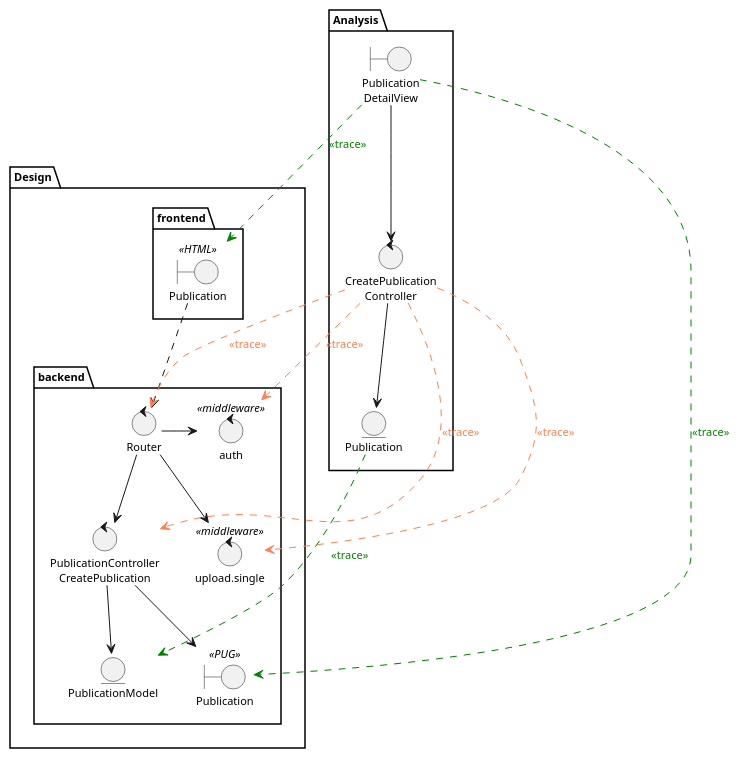
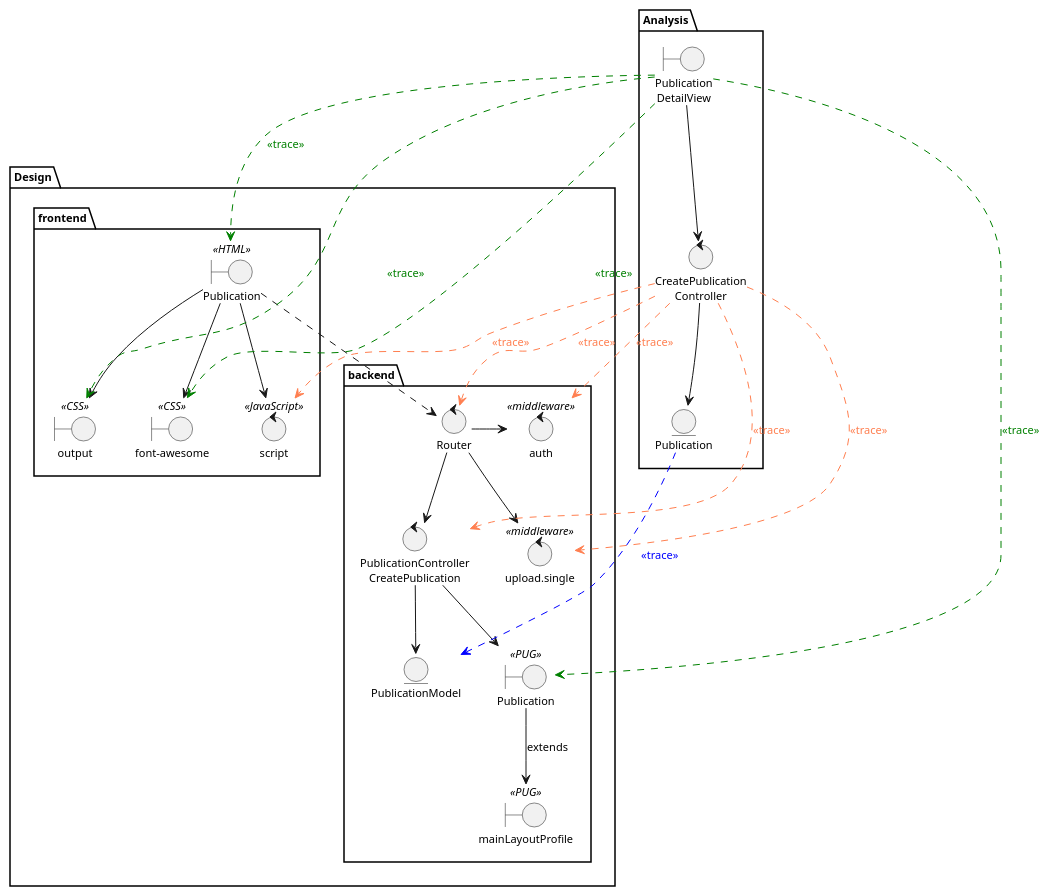
The diagram in logicalView/designView/express/usecaseDesign/designClassDiagramUC7TraceAnalisysClass.plantuml (mpaulaherrero/tesis-frameworks-backend-diagrams), drawn with PlantUML before and after one commit. The commit also changed 1 other file, not shown here.

Commit message:
css y javascript

```diff
--- a/logicalView/designView/express/usecaseDesign/designClassDiagramUC7TraceAnalisysClass.plantuml
+++ b/logicalView/designView/express/usecaseDesign/designClassDiagramUC7TraceAnalisysClass.plantuml
@@ -1,46 +1,57 @@
 @startuml
 skinparam style strictuml
 skinparam defaultTextAlignment center
 skinparam defaultFontSize 11
 
 package Analysis{
     boundary "Publication\nDetailView" as PublicationDetailViewAnalysis
     entity "Publication" as PublicationAnalysis
     control "CreatePublication\nController" as CreatePublicationControllerAnalysis
 }
 
 package Design{
     package backend {
         boundary "Publication" as PublicationDetailView << PUG >>
+        boundary "mainLayoutProfile" as mainLayoutProfileView << PUG >>
         control "PublicationController\nCreatePublication" as CreatePublicationController
         control Router
         control auth << middleware >>
         control "upload.single" as uploadSingle << middleware >>
         entity PublicationModel
     }
     package frontend {
         boundary "Publication" as PublicationHtml << HTML >>
+        boundary "output" as outputCss << CSS >>
+        boundary "font-awesome" as fontCss << CSS >>
+        control script << JavaScript >>
     }
 }
 
 PublicationDetailViewAnalysis --> CreatePublicationControllerAnalysis
 CreatePublicationControllerAnalysis --> PublicationAnalysis
 
-PublicationHtml .d.> Router
+PublicationHtml ..> Router
+PublicationHtml -d-> outputCss
+PublicationHtml -d-> fontCss
+PublicationHtml -d-> script
 Router -> auth
 Router -d-> uploadSingle
 Router -d-> CreatePublicationController
 CreatePublicationController -d-> PublicationDetailView
+PublicationDetailView -d-> mainLayoutProfileView: extends
 CreatePublicationController -d-> PublicationModel
 
 PublicationDetailViewAnalysis .[#green].> PublicationHtml : <font color=green><<trace>></font>
+PublicationDetailViewAnalysis .[#green].> outputCss : <font color=green><<trace>></font>
+PublicationDetailViewAnalysis .[#green].> fontCss : <font color=green><<trace>></font>
 PublicationDetailViewAnalysis .[#green].> PublicationDetailView : <font color=green><<trace>></font>
 
 CreatePublicationControllerAnalysis .[#coral].> Router : <font color=coral><<trace>></font>
 CreatePublicationControllerAnalysis .[#coral].> CreatePublicationController : <font color=coral><<trace>></font>
 CreatePublicationControllerAnalysis .[#coral].> auth : <font color=coral><<trace>></font>
 CreatePublicationControllerAnalysis .[#coral].> uploadSingle : <font color=coral><<trace>></font>
+CreatePublicationControllerAnalysis .[#coral].> script : <font color=coral><<trace>></font>
 
-PublicationAnalysis .[#green].> PublicationModel : <font color=green><<trace>></font>
+PublicationAnalysis .[#blue].> PublicationModel : <font color=blue><<trace>></font>
 
 @enduml
```
